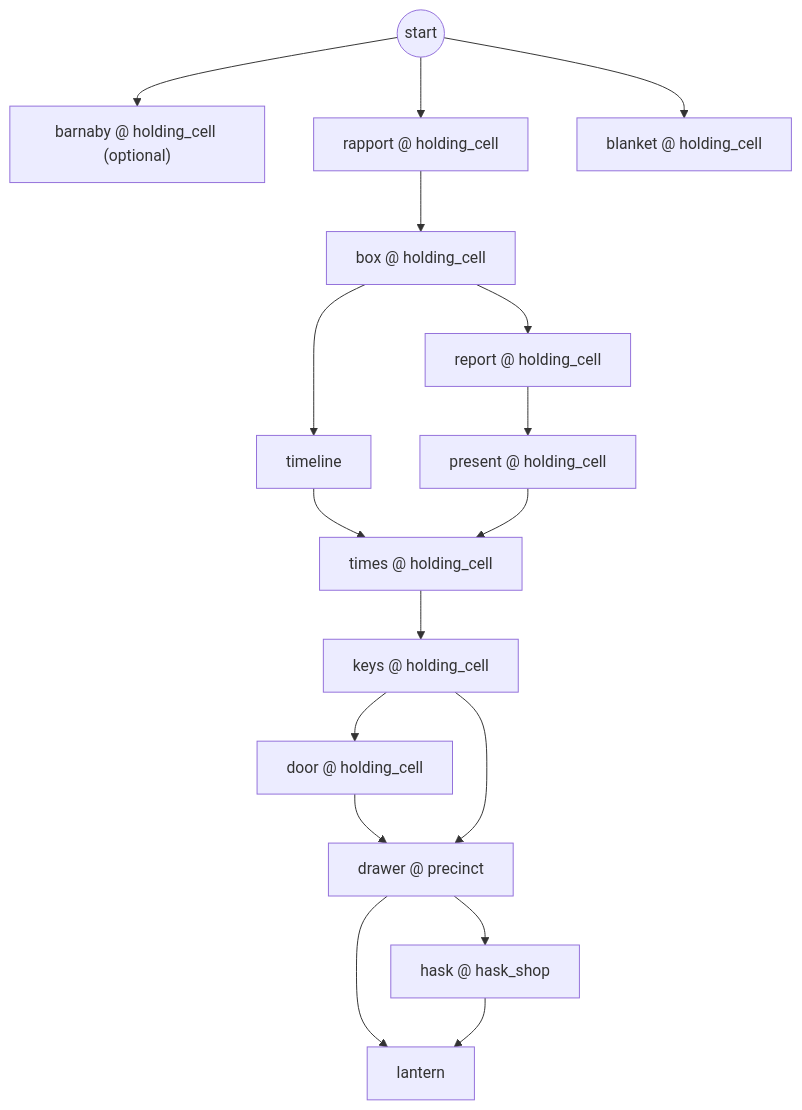
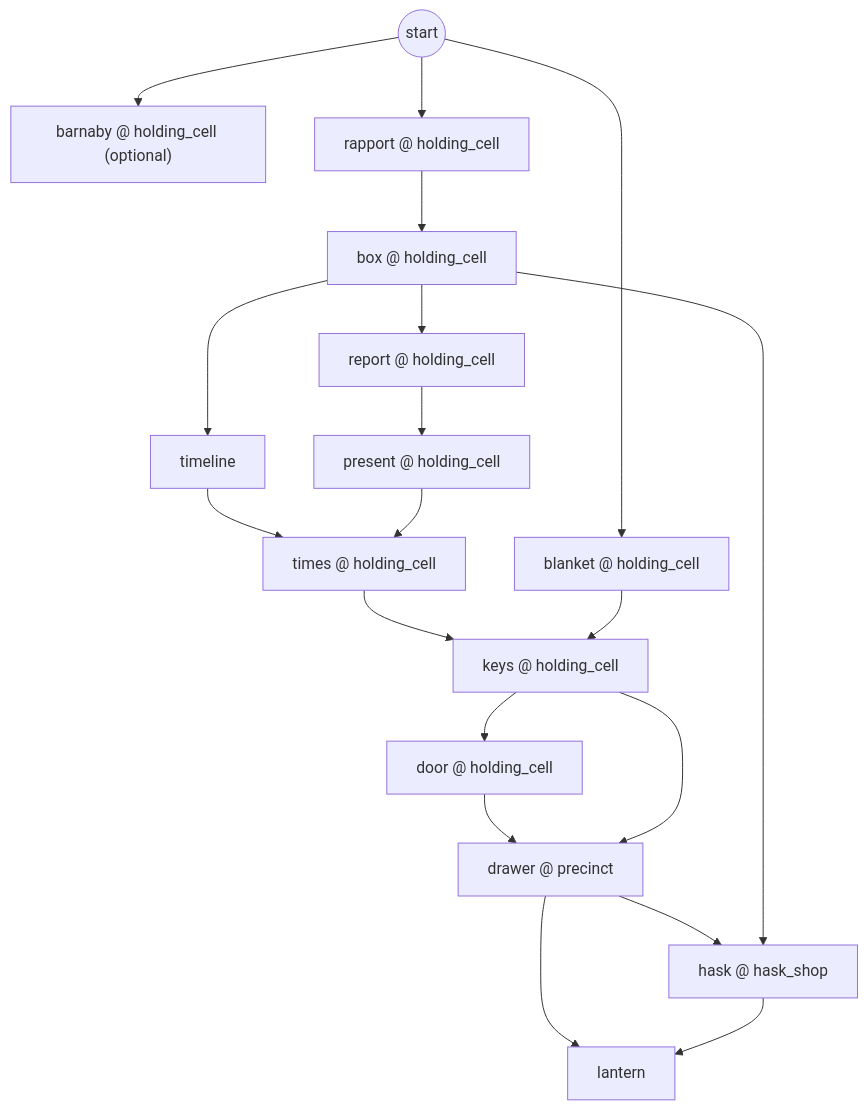
One commit to GasPhil1968/kolo-srece changed the fifth of 8 diagrams in nightlatch/docs/PUZZLE_GRAPH.md. Above: the diagram before and after it, drawn with Mermaid. The commit also changed other lines of this file and 216 other files, not shown here.

````diff
--- a/nightlatch/docs/PUZZLE_GRAPH.md
+++ b/nightlatch/docs/PUZZLE_GRAPH.md
@@ -327,33 +335,35 @@
 ```mermaid
 flowchart TD
   start5((start))
   c5_barnaby["barnaby @ holding_cell (optional)"]
   c5_rapport["rapport @ holding_cell"]
   c5_box["box @ holding_cell"]
   c5_report["report @ holding_cell"]
   c5_present["present @ holding_cell"]
   c5_timeline["timeline"]
   c5_times["times @ holding_cell"]
   c5_blanket["blanket @ holding_cell"]
   c5_keys["keys @ holding_cell"]
   c5_door["door @ holding_cell"]
   c5_drawer["drawer @ precinct"]
   c5_hask["hask @ hask_shop"]
   c5_lantern["lantern"]
   start5 --> c5_barnaby
   start5 --> c5_rapport
   c5_rapport --> c5_box
   c5_box --> c5_report
   c5_report --> c5_present
   c5_box --> c5_timeline
   c5_timeline --> c5_times
   c5_present --> c5_times
   start5 --> c5_blanket
   c5_times --> c5_keys
+  c5_blanket --> c5_keys
   c5_keys --> c5_door
   c5_door --> c5_drawer
   c5_keys --> c5_drawer
   c5_drawer --> c5_hask
+  c5_box --> c5_hask
   c5_drawer --> c5_lantern
   c5_hask --> c5_lantern
 ```
````
